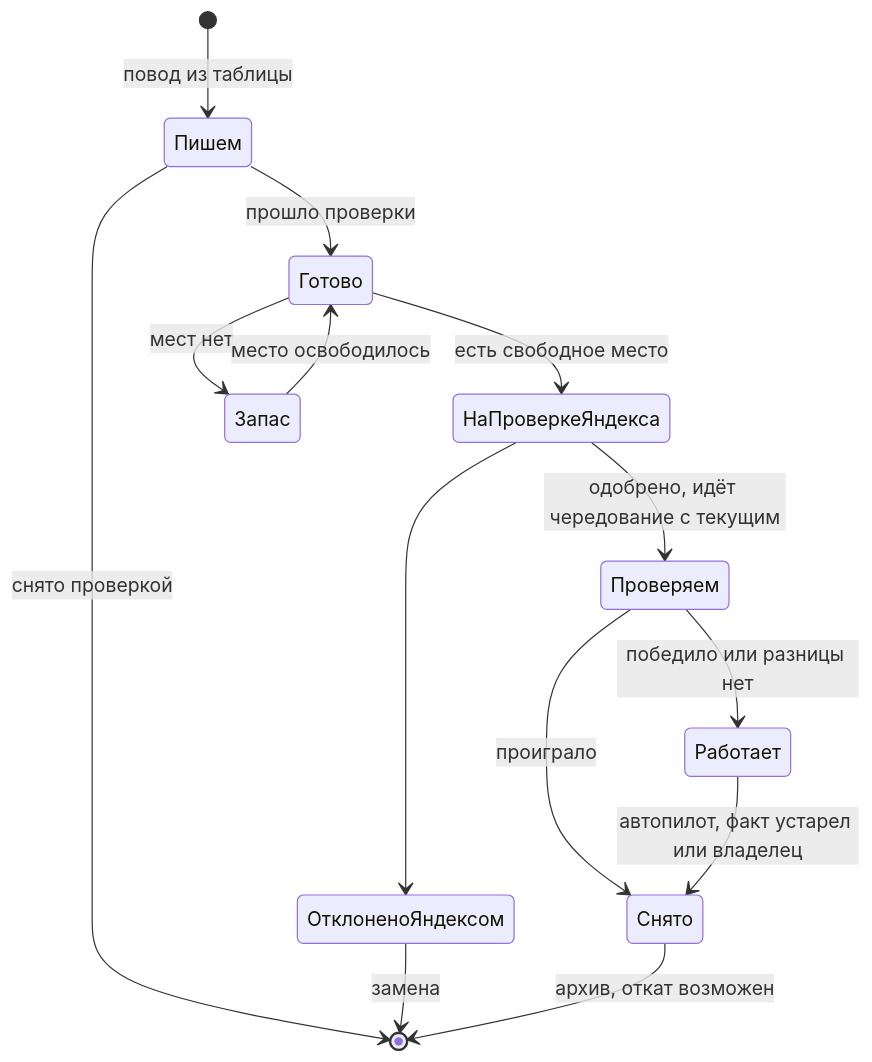
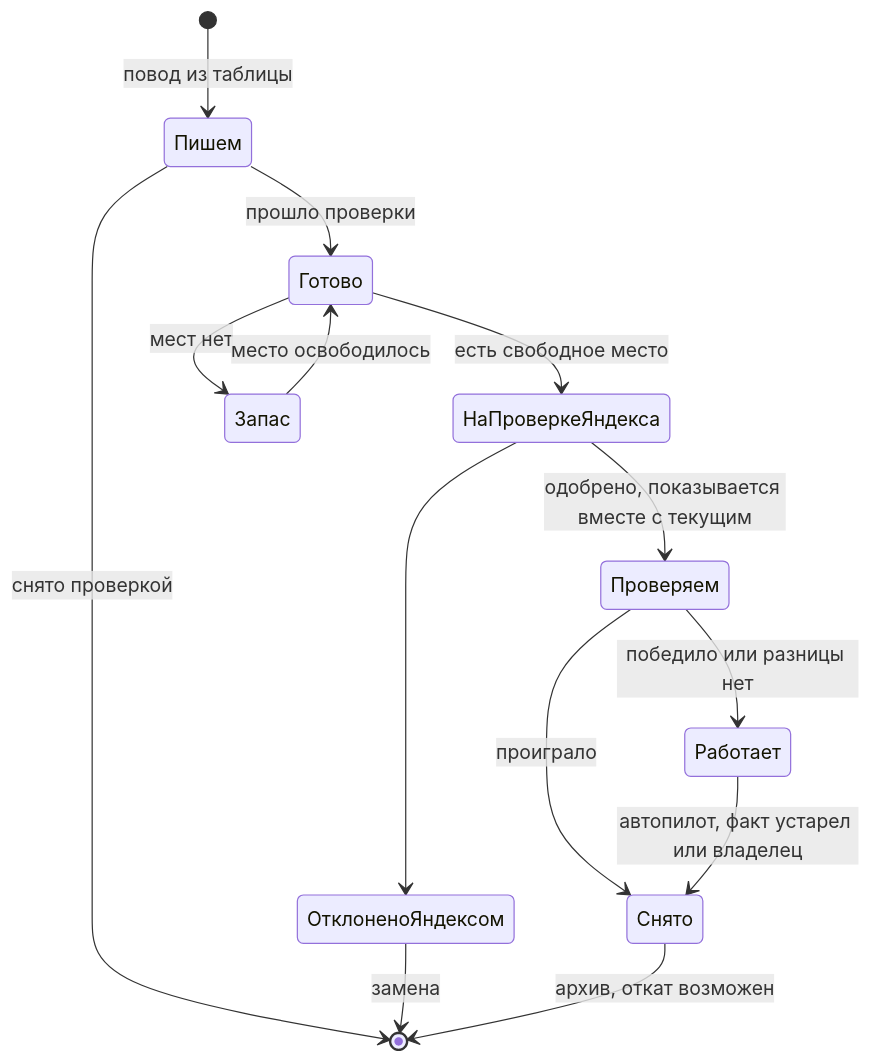
One commit to andreimelneichuk/Add-Helper changed the second of 2 diagrams in docs/05-creatives.md. Above: the diagram before and after it, drawn with Mermaid. The commit also changed 35 other files, not shown here.

````diff
--- a/docs/05-creatives.md
+++ b/docs/05-creatives.md
@@ -145,16 +145,16 @@
 ```mermaid
 stateDiagram-v2
   [*] --> Пишем: повод из таблицы
   Пишем --> Готово: прошло проверки
   Пишем --> [*]: снято проверкой
   Готово --> НаПроверкеЯндекса: есть свободное место
   Готово --> Запас: мест нет
   Запас --> Готово: место освободилось
   НаПроверкеЯндекса --> ОтклоненоЯндексом
   ОтклоненоЯндексом --> [*]: замена
-  НаПроверкеЯндекса --> Проверяем: одобрено, идёт чередование с текущим
+  НаПроверкеЯндекса --> Проверяем: одобрено, показывается вместе с текущим
   Проверяем --> Работает: победило или разницы нет
   Проверяем --> Снято: проиграло
   Работает --> Снято: автопилот, факт устарел или владелец
   Снято --> [*]: архив, откат возможен
 ```
````
